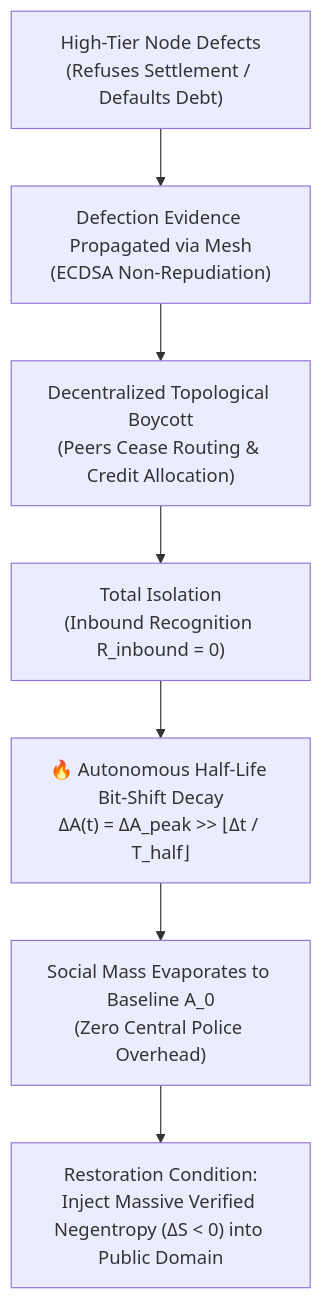
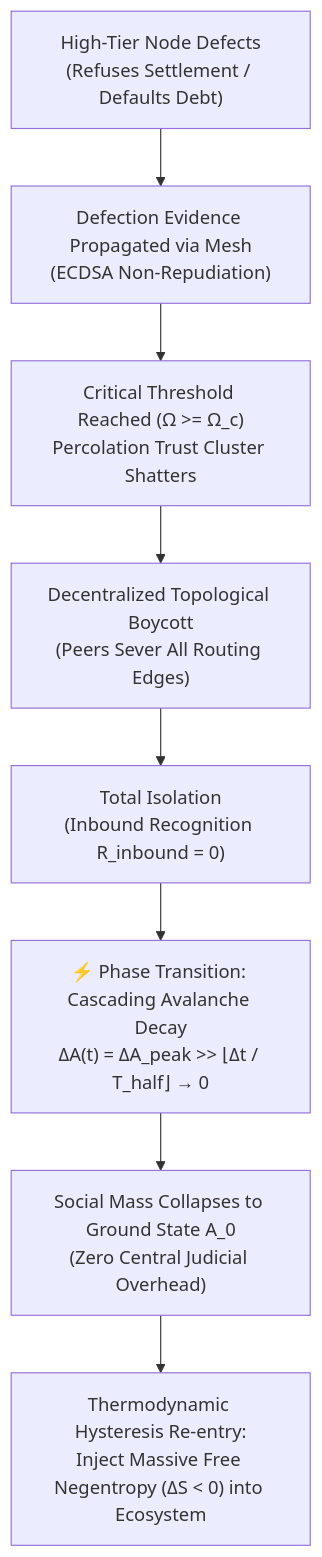
One commit to Team-Sequence-Thaumaturge/AER changed the fourth of 7 diagrams in AER.md. Above: the diagram before and after it, drawn with Mermaid. The commit also changed other lines of this file and 3 other files, not shown here.

Commit message:
feat(game-theory): integrate Phase Transition of Trust, Optimistic Timelock, and Bounty-Futures Netting (v1.8.2)

````diff
--- a/AER.md
+++ b/AER.md
@@ -185,9 +185,10 @@
 ```mermaid
 graph TD
     Traitor["High-Tier Node Defects<br/>(Refuses Settlement / Defaults Debt)"] --> Broadcast["Defection Evidence Propagated via Mesh<br/>(ECDSA Non-Repudiation)"]
-    Broadcast --> Boycott["Decentralized Topological Boycott<br/>(Peers Cease Routing & Credit Allocation)"]
+    Broadcast --> Critical["Critical Threshold Reached (Ω >= Ω_c)<br/>Percolation Trust Cluster Shatters"]
+    Critical --> Boycott["Decentralized Topological Boycott<br/>(Peers Sever All Routing Edges)"]
     Boycott --> Isolation["Total Isolation<br/>(Inbound Recognition R_inbound = 0)"]
-    Isolation --> Decay["🔥 Autonomous Half-Life Bit-Shift Decay<br/>ΔA(t) = ΔA_peak >> ⌊Δt / T_half⌋"]
-    Decay --> GroundState["Social Mass Evaporates to Baseline A_0<br/>(Zero Central Police Overhead)"]
-    GroundState --> Redemption["Restoration Condition:<br/>Inject Massive Verified Negentropy (ΔS < 0) into Public Domain"]
+    Isolation --> Decay["⚡ Phase Transition: Cascading Avalanche Decay<br/>ΔA(t) = ΔA_peak >> ⌊Δt / T_half⌋ → 0"]
+    Decay --> GroundState["Social Mass Collapses to Ground State A_0<br/>(Zero Central Judicial Overhead)"]
+    GroundState --> Redemption["Thermodynamic Hysteresis Re-entry:<br/>Inject Massive Free Negentropy (ΔS < 0) into Ecosystem"]
 ```
````
